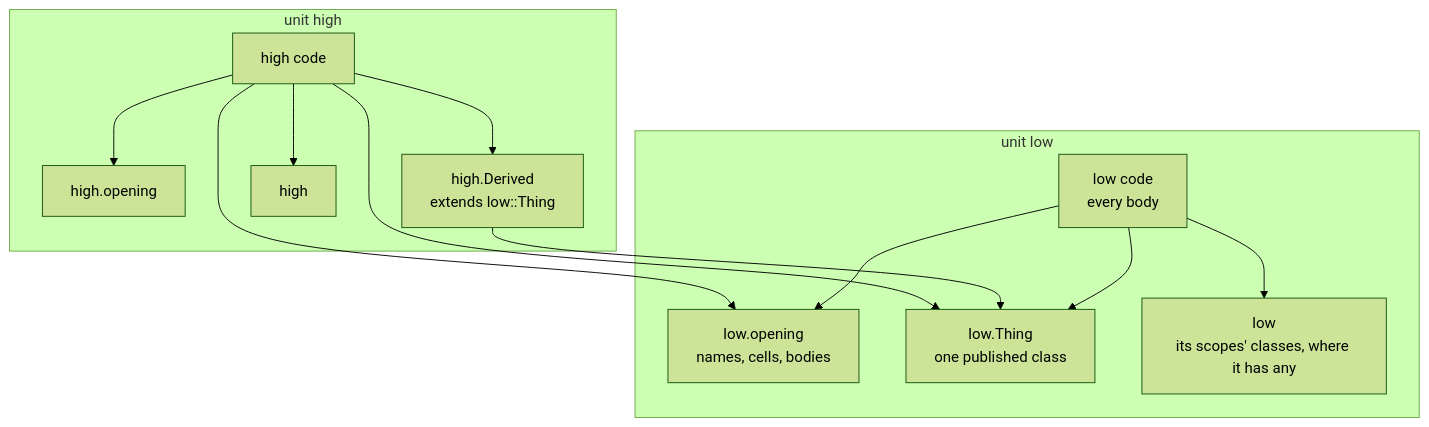
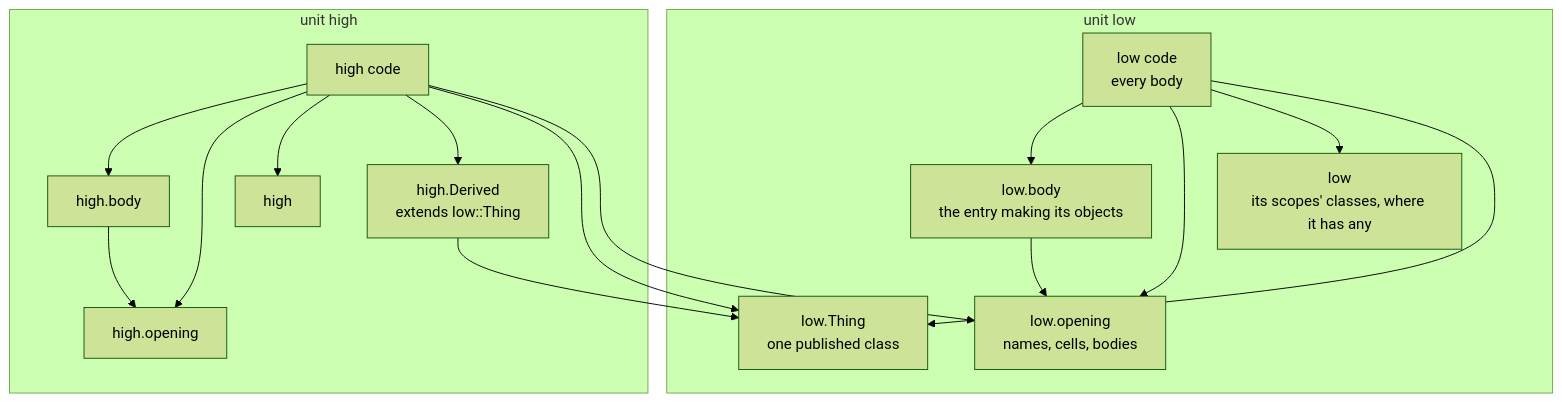
One commit to hankhsu1996/lyra changed the diagram in docs/architecture/emission_model.md. Above: the diagram before and after it, drawn with Mermaid (forest theme). The commit also changed other lines of this file and 28 other files, not shown here.

First line of the commit message:
Check every architecture claim against the code (#2216)

````diff
--- a/docs/architecture/emission_model.md
+++ b/docs/architecture/emission_model.md
@@ -282,24 +283,30 @@
 ```mermaid
 flowchart TB
   subgraph LOW["unit low"]
     LO["low.opening<br/>names, cells, bodies"]
     LT["low.Thing<br/>one published class"]
     LU["low<br/>its scopes' classes, where it has any"]
+    LB["low.body<br/>the entry making its objects"]
     LC["low code<br/>every body"]
   end
   subgraph HIGH["unit high"]
     HO["high.opening"]
     HD["high.Derived<br/>extends low::Thing"]
     HU["high"]
+    HB["high.body"]
     HC["high code"]
   end
+  LB --> LO
+  LC --> LB
   LC --> LO
   LC --> LU
   LC --> LT
   HD --> LT
+  HB --> HO
+  HC --> HB
   HC --> HO
   HC --> HU
   HC --> HD
   HC --> LT
   HC --> LO
 ```
````
